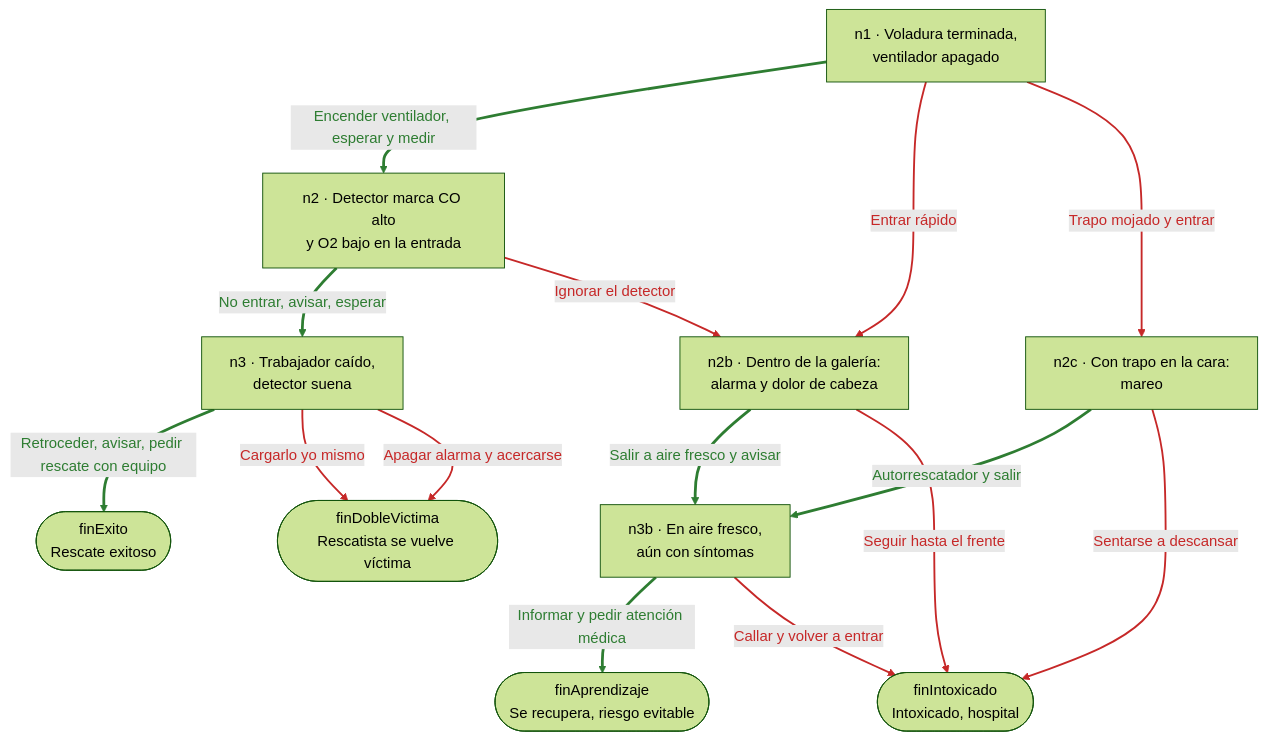
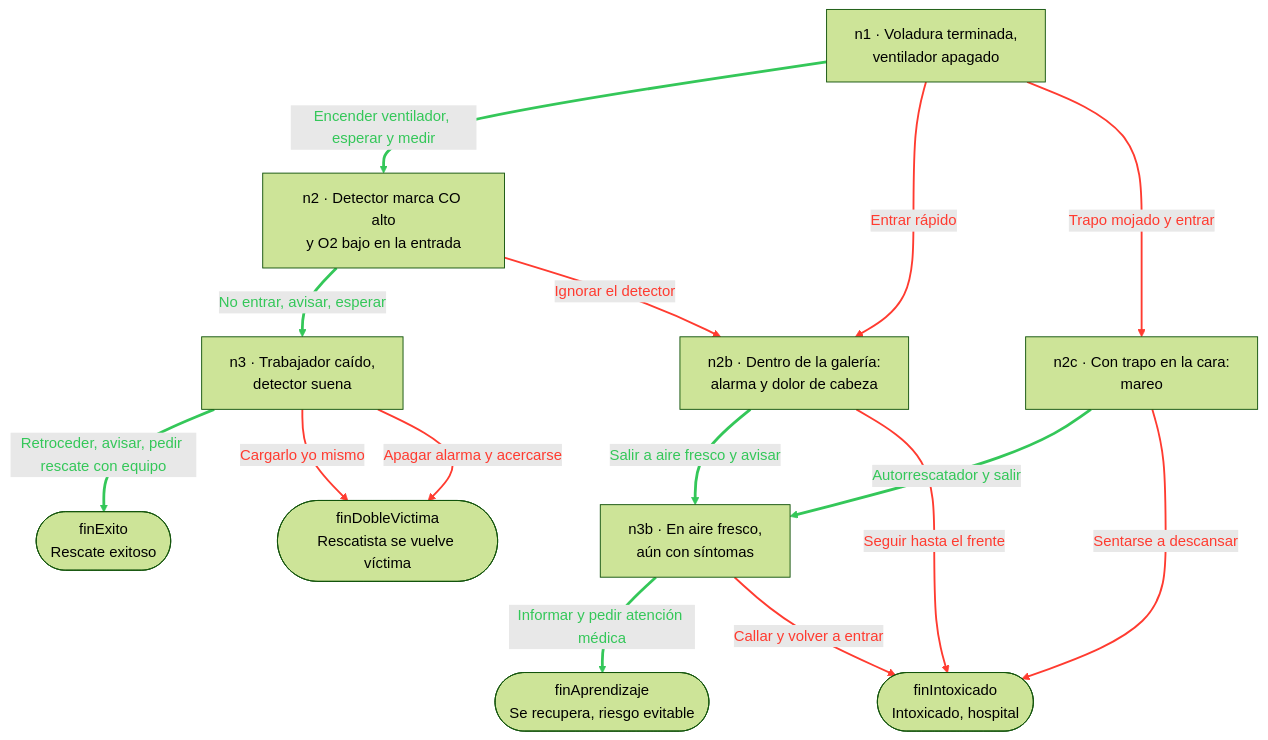
One commit to velandia3110/mineria-decide changed the first of 2 diagrams in docs/desarrollo/03-motor-escenarios.md. Above: the diagram before and after it, drawn with Mermaid (forest theme). The commit also changed other lines of this file and 9 other files, not shown here.

````diff
--- a/docs/desarrollo/03-motor-escenarios.md
+++ b/docs/desarrollo/03-motor-escenarios.md
@@ -66,31 +67,31 @@
 ```mermaid
 flowchart TD
   n1["n1 · Voladura terminada,<br/>ventilador apagado"]
   n2["n2 · Detector marca CO alto<br/>y O2 bajo en la entrada"]
   n3["n3 · Trabajador caído,<br/>detector suena"]
   n2b["n2b · Dentro de la galería:<br/>alarma y dolor de cabeza"]
   n2c["n2c · Con trapo en la cara:<br/>mareo"]
   n3b["n3b · En aire fresco,<br/>aún con síntomas"]
   finExito(["finExito<br/>Rescate exitoso"])
   finDobleVictima(["finDobleVictima<br/>Rescatista se vuelve víctima"])
   finIntoxicado(["finIntoxicado<br/>Intoxicado, hospital"])
   finAprendizaje(["finAprendizaje<br/>Se recupera, riesgo evitable"])
 
   n1 -->|"Encender ventilador, esperar y medir"| n2
   n1 -->|"Entrar rápido"| n2b
   n1 -->|"Trapo mojado y entrar"| n2c
   n2 -->|"No entrar, avisar, esperar"| n3
   n2 -->|"Ignorar el detector"| n2b
   n3 -->|"Retroceder, avisar, pedir rescate con equipo"| finExito
   n3 -->|"Cargarlo yo mismo"| finDobleVictima
   n3 -->|"Apagar alarma y acercarse"| finDobleVictima
   n2b -->|"Salir a aire fresco y avisar"| n3b
   n2b -->|"Seguir hasta el frente"| finIntoxicado
   n2c -->|"Autorrescatador y salir"| n3b
   n2c -->|"Sentarse a descansar"| finIntoxicado
   n3b -->|"Informar y pedir atención médica"| finAprendizaje
   n3b -->|"Callar y volver a entrar"| finIntoxicado
 
-  linkStyle 0,3,5,8,10,12 stroke:#2E7D32,stroke-width:3px,color:#2E7D32
-  linkStyle 1,2,4,6,7,9,11,13 stroke:#C62828,stroke-width:2px,color:#C62828
+  linkStyle 0,3,5,8,10,12 stroke:#34C759,stroke-width:3px,color:#34C759
+  linkStyle 1,2,4,6,7,9,11,13 stroke:#FF3B30,stroke-width:2px,color:#FF3B30
 ```
````
